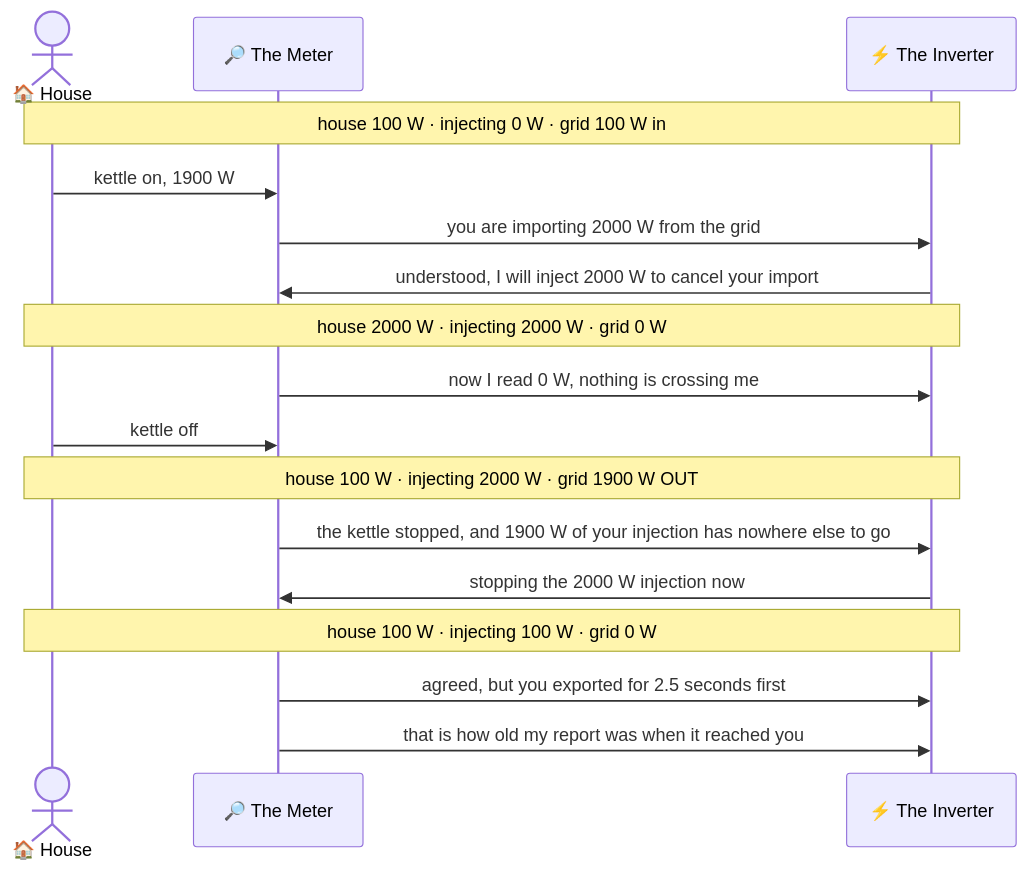
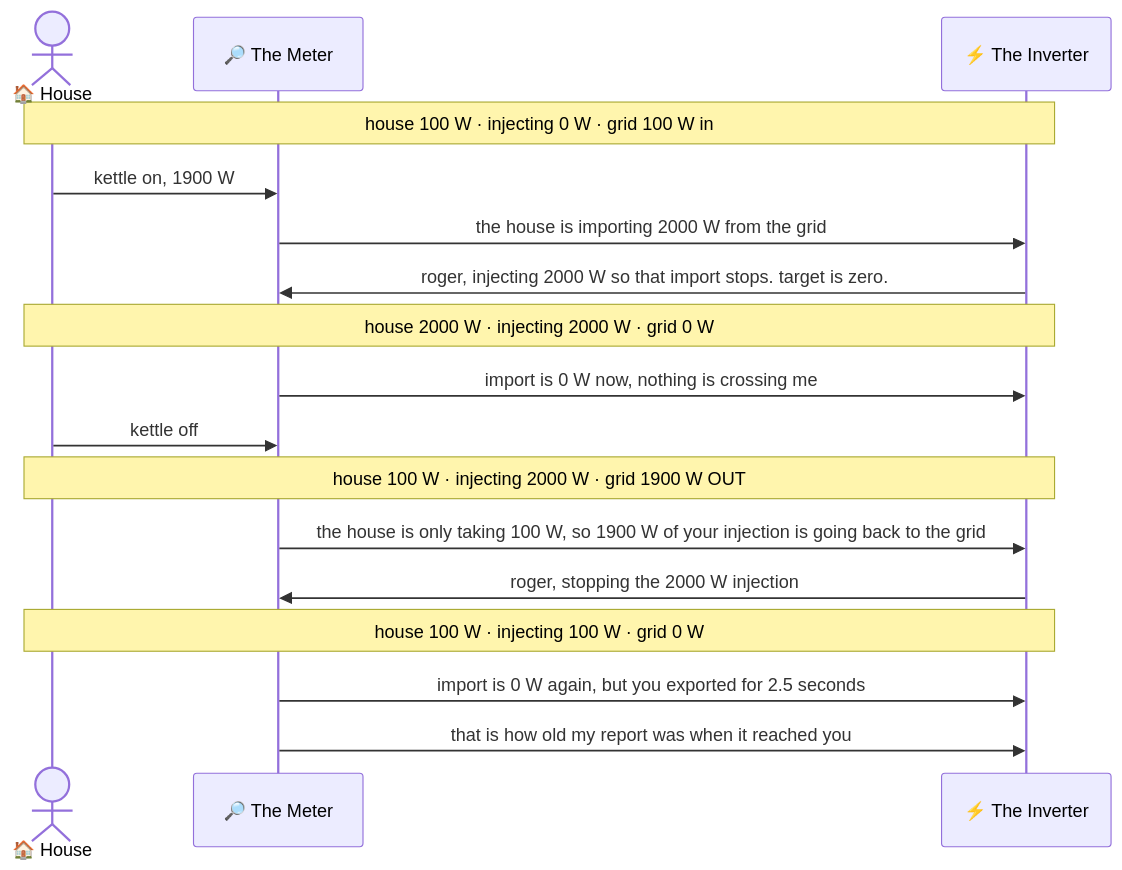
One commit to phoinixgrr/mastori changed the first of 17 diagrams in content/posts/ecoflow-zero-export-ble-meter-injection/index.md. Above: the diagram before and after it, drawn with Mermaid.

Commit message:
zero-export post: fix the voice in the interrogation
The meter reports what the house is importing, it does not accuse the inverter
of importing. Inverter acknowledges and states the target: zero import.

```diff
--- a/content/posts/ecoflow-zero-export-ble-meter-injection/index.md
+++ b/content/posts/ecoflow-zero-export-ble-meter-injection/index.md
@@ -51,20 +51,20 @@
 {{< mermaid >}}
 sequenceDiagram
     actor H as 🏠 House
     participant M as 🔎 The Meter
     participant I as ⚡ The Inverter
 
     Note over H,I: house 100 W · injecting 0 W · grid 100 W in
     H->>M: kettle on, 1900 W
-    M->>I: you are importing 2000 W from the grid
-    I->>M: understood, I will inject 2000 W to cancel your import
+    M->>I: the house is importing 2000 W from the grid
+    I->>M: roger, injecting 2000 W so that import stops. target is zero.
     Note over H,I: house 2000 W · injecting 2000 W · grid 0 W
-    M->>I: now I read 0 W, nothing is crossing me
+    M->>I: import is 0 W now, nothing is crossing me
     H->>M: kettle off
     Note over H,I: house 100 W · injecting 2000 W · grid 1900 W OUT
-    M->>I: the kettle stopped, and 1900 W of your injection has nowhere else to go
-    I->>M: stopping the 2000 W injection now
+    M->>I: the house is only taking 100 W, so 1900 W of your injection is going back to the grid
+    I->>M: roger, stopping the 2000 W injection
     Note over H,I: house 100 W · injecting 100 W · grid 0 W
-    M->>I: agreed, but you exported for 2.5 seconds first
+    M->>I: import is 0 W again, but you exported for 2.5 seconds
     M->>I: that is how old my report was when it reached you
 {{< /mermaid >}}
```
